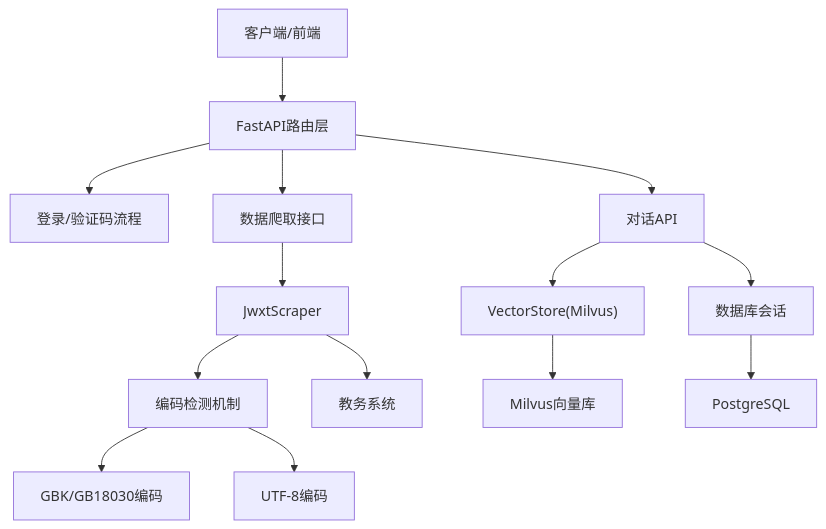
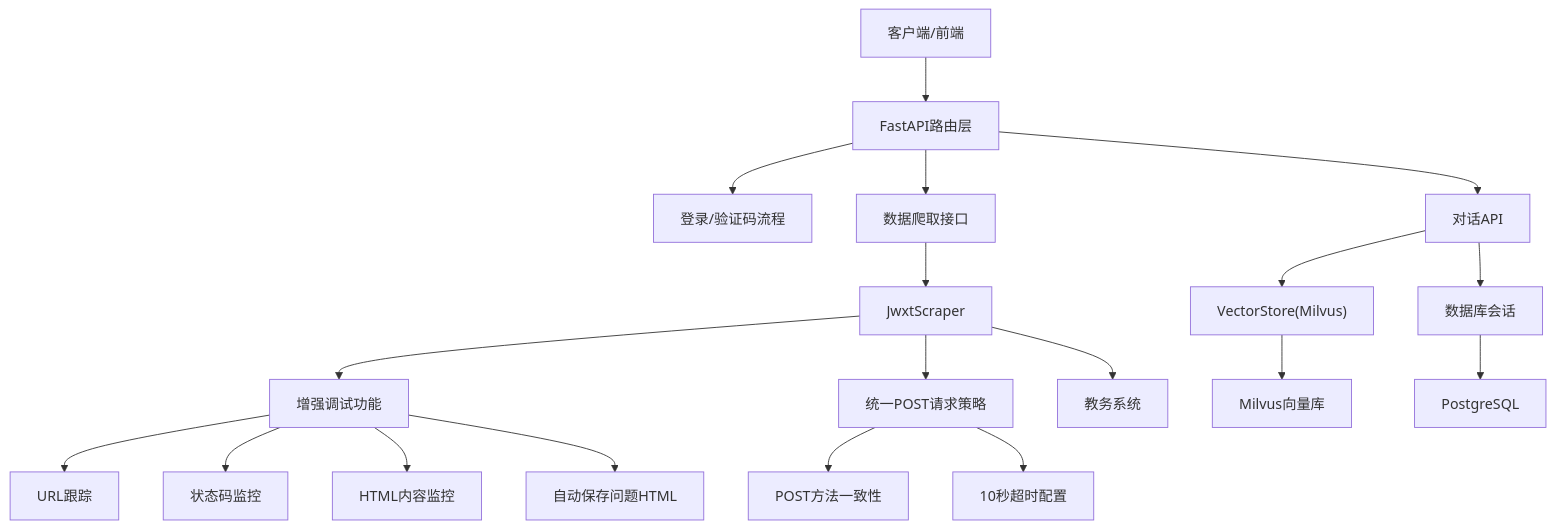
Before and after one commit to ghbbn053-ship-itsoulddog/soulddog: the second of 9 diagrams in .qoder/repowiki/zh/content/开发指南/调试工具/后端调试.md, drawn with Mermaid. The commit also changed other lines of this file and 10 other files, not shown here.

````diff
--- a/.qoder/repowiki/zh/content/开发指南/调试工具/后端调试.md
+++ b/.qoder/repowiki/zh/content/开发指南/调试工具/后端调试.md
@@ -114,16 +120,21 @@
 ```mermaid
 graph TB
 Client["客户端/前端"] --> API["FastAPI路由层"]
 API --> Auth["登录/验证码流程"]
 API --> DataAPI["数据爬取接口"]
 API --> ChatAPI["对话API"]
 DataAPI --> Scraper["JwxtScraper"]
-Scraper --> Encoding["编码检测机制"]
+Scraper --> Debug["增强调试功能"]
+Scraper --> PostStrategy["统一POST请求策略"]
 Scraper --> EduSys["教务系统"]
 ChatAPI --> Vector["VectorStore(Milvus)"]
 ChatAPI --> DB["数据库会话"]
-Encoding --> GB18030["GBK/GB18030编码"]
-Encoding --> UTF8["UTF-8编码"]
+Debug --> URLTrack["URL跟踪"]
+Debug --> StatusMonitor["状态码监控"]
+Debug --> HTMLMonitor["HTML内容监控"]
+Debug --> AutoSave["自动保存问题HTML"]
+PostStrategy --> PostConsistency["POST方法一致性"]
+PostStrategy --> TimeoutConfig["10秒超时配置"]
 Vector --> Milvus["Milvus向量库"]
 DB --> Postgres["PostgreSQL"]
 ```
````
